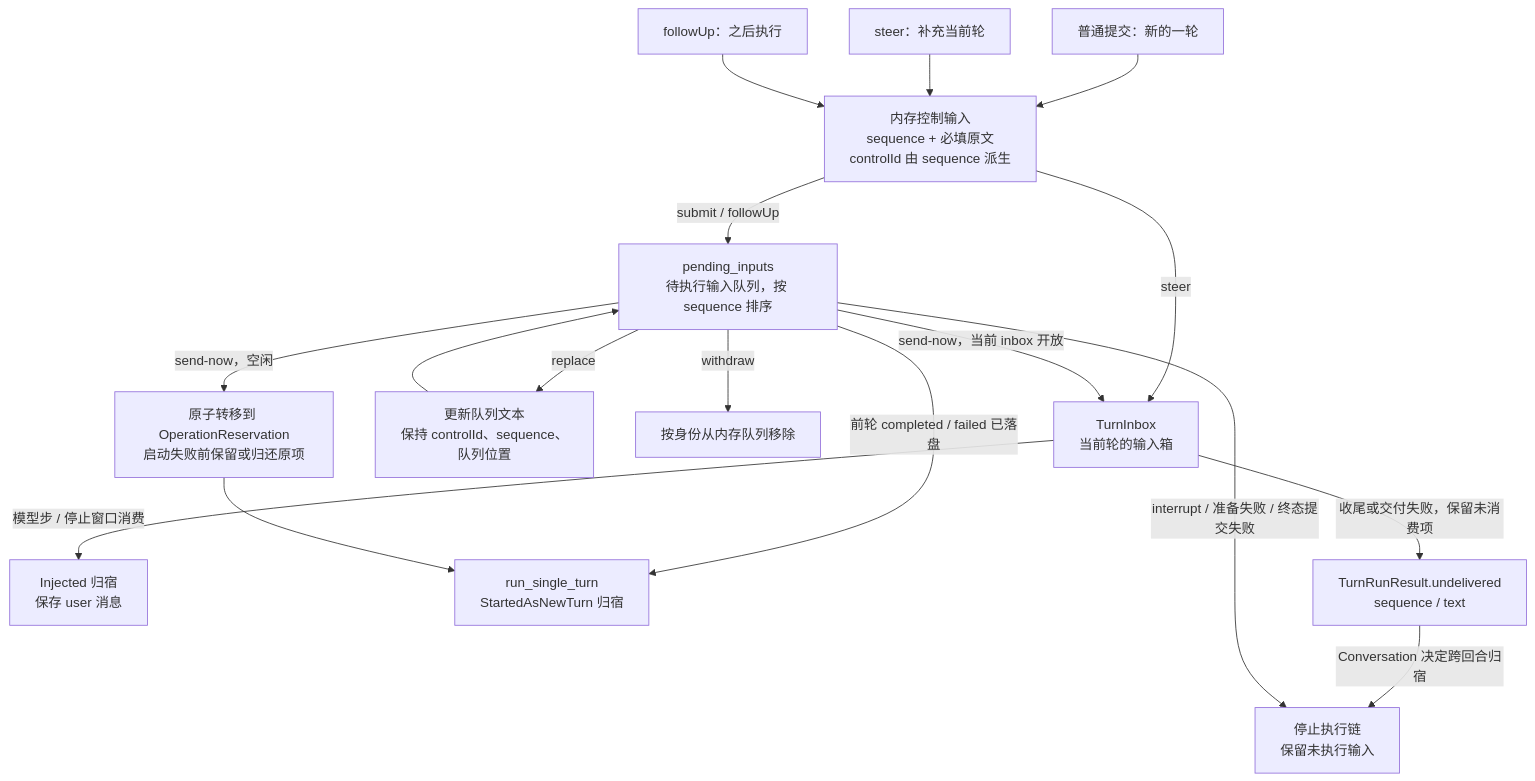
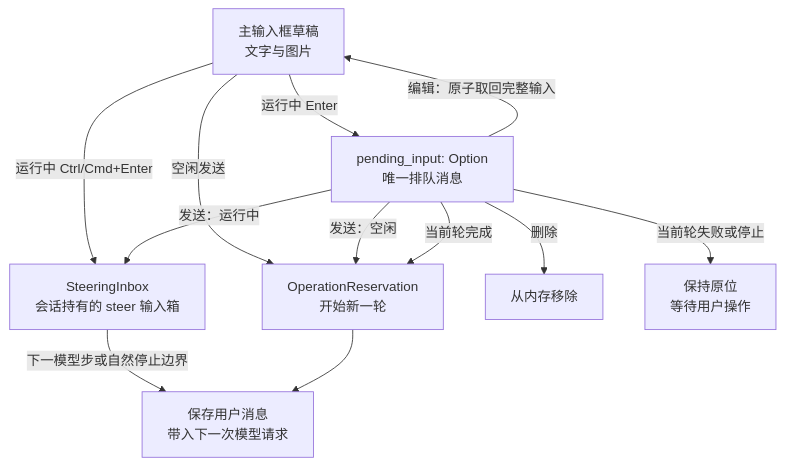
One commit to qjcnmd/singularity-agent changed diagram 16 of 29 in docs/architecture.md. Above: the diagram before and after it, drawn with Mermaid. The commit also changed other lines of this file and 34 other files, not shown here.

````diff
--- a/docs/architecture.md
+++ b/docs/architecture.md
@@ -452,19 +454,14 @@
 ```mermaid
 flowchart TB
-    Submit["普通提交：新的一轮"] --> Accepted["内存控制输入<br/>sequence + 必填原文<br/>controlId 由 sequence 派生"]
-    Steer["steer：补充当前轮"] --> Accepted
-    Follow["followUp：之后执行"] --> Accepted
-    Accepted -->|"steer"| Inbox["TurnInbox<br/>当前轮的输入箱"]
-    Accepted -->|"submit / followUp"| Queue["pending_inputs<br/>待执行输入队列，按 sequence 排序"]
-    Inbox -->|"模型步 / 停止窗口消费"| Injected["Injected 归宿<br/>保存 user 消息"]
-    Queue -->|"replace"| Replaced["更新队列文本<br/>保持 controlId、sequence、队列位置"]
-    Replaced --> Queue
-    Queue -->|"withdraw"| Withdrawn["按身份从内存队列移除"]
-    Queue -->|"send-now，当前 inbox 开放"| Inbox
-    Queue -->|"send-now，空闲"| Reserve["原子转移到 OperationReservation<br/>启动失败前保留或归还原项"]
-    Queue -->|"前轮 completed / failed 已落盘"| Next["run_single_turn<br/>StartedAsNewTurn 归宿"]
-    Reserve --> Next
-    Inbox -->|"收尾或交付失败，保留未消费项"| Handoff["TurnRunResult.undelivered<br/>sequence / text"]
-    Handoff -->|"Conversation 决定跨回合归宿"| Retain
-    Queue -->|"interrupt / 准备失败 / 终态提交失败"| Retain["停止执行链<br/>保留未执行输入"]
+    Draft["主输入框草稿<br/>文字与图片"] -->|"空闲发送"| Start["OperationReservation<br/>开始新一轮"]
+    Draft -->|"运行中 Enter"| Queue["pending_input: Option<br/>唯一排队消息"]
+    Draft -->|"运行中 Ctrl/Cmd+Enter"| Inbox["SteeringInbox<br/>会话持有的 steer 输入箱"]
+    Queue -->|"编辑：原子取回完整输入"| Draft
+    Queue -->|"删除"| Removed["从内存移除"]
+    Queue -->|"发送：运行中"| Inbox
+    Queue -->|"发送：空闲"| Start
+    Queue -->|"当前轮完成"| Start
+    Inbox -->|"下一模型步或自然停止边界"| User["保存用户消息<br/>带入下一次模型请求"]
+    Start --> User
+    Queue -->|"当前轮失败或停止"| Wait["保持原位<br/>等待用户操作"]
 ```
````
